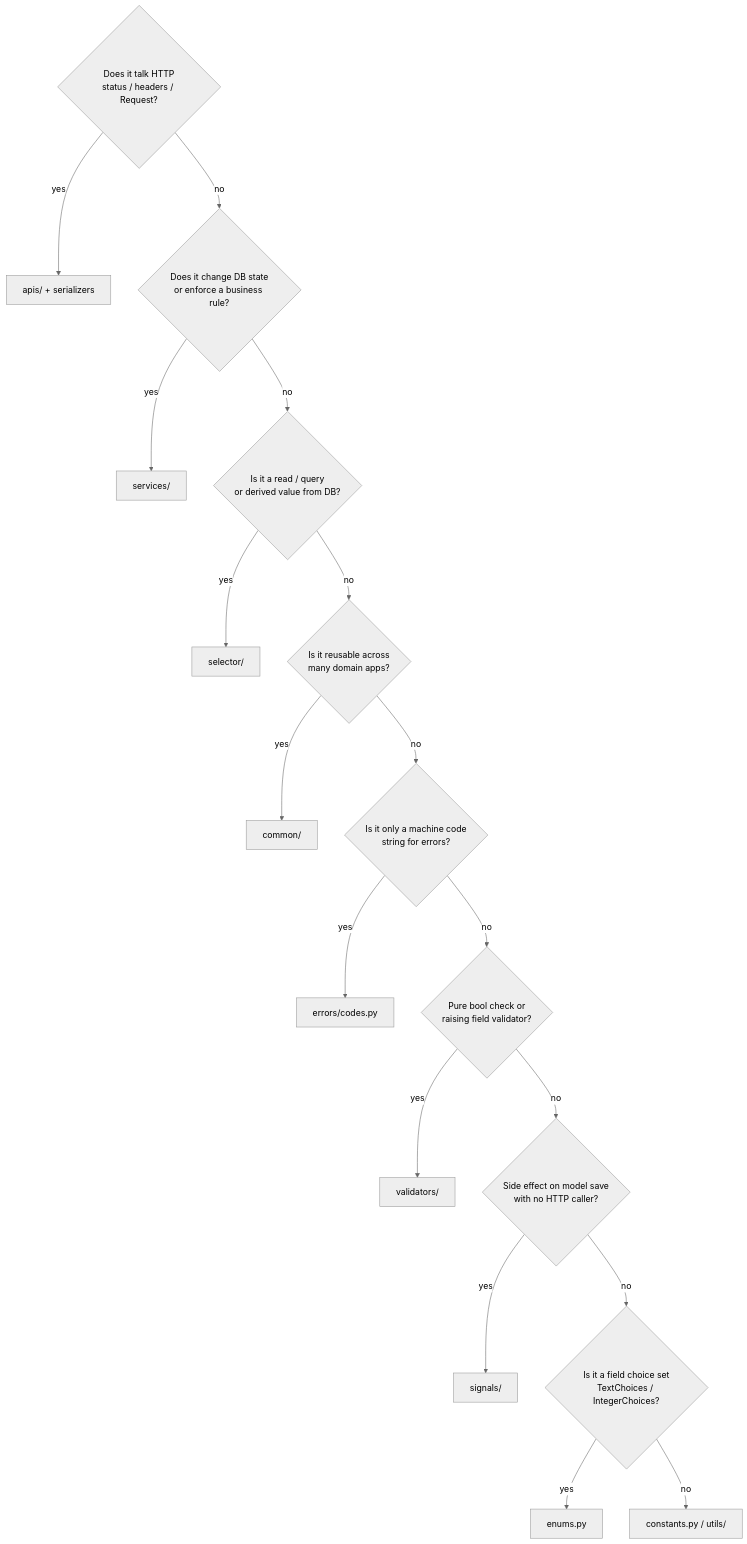
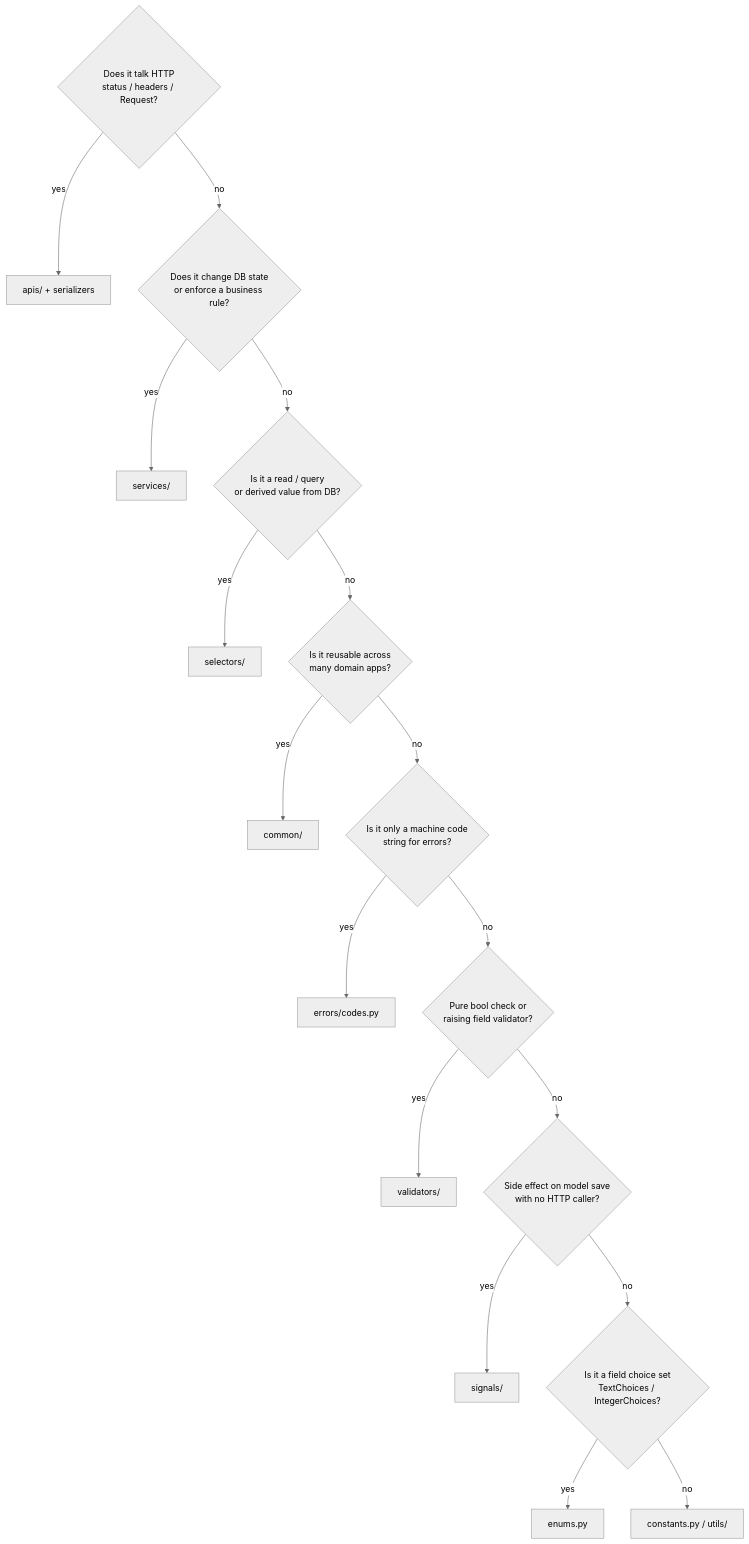
One commit to alidanial7/django-style-guide changed the third of 3 diagrams in {{cookiecutter.project_name}}/docs/style-guide/structure/architecture.md. Above: the diagram before and after it, drawn with Mermaid (neutral theme). The commit also changed other lines of this file and 29 other files, not shown here.

````diff
--- a/{{cookiecutter.project_name}}/docs/style-guide/structure/architecture.md
+++ b/{{cookiecutter.project_name}}/docs/style-guide/structure/architecture.md
@@ -255,20 +255,20 @@
 ```mermaid
 flowchart TD
     Q1{Does it talk HTTP<br/>status / headers / Request?}
     Q1 -->|yes| API[apis/ + serializers]
     Q1 -->|no| Q2{Does it change DB state<br/>or enforce a business rule?}
     Q2 -->|yes| SVC[services/]
     Q2 -->|no| Q3{Is it a read / query<br/>or derived value from DB?}
-    Q3 -->|yes| SEL[selector/]
+    Q3 -->|yes| SEL[selectors/]
     Q3 -->|no| Q4{Is it reusable across<br/>many domain apps?}
     Q4 -->|yes| COM[common/]
     Q4 -->|no| Q5{Is it only a machine code<br/>string for errors?}
     Q5 -->|yes| ERR[errors/codes.py]
     Q5 -->|no| Q6{Pure bool check or<br/>raising field validator?}
     Q6 -->|yes| VAL[validators/]
     Q6 -->|no| Q7{Side effect on model save<br/>with no HTTP caller?}
     Q7 -->|yes| SIG[signals/]
     Q7 -->|no| Q8{Is it a field choice set<br/>TextChoices / IntegerChoices?}
     Q8 -->|yes| EN[enums.py]
     Q8 -->|no| CST[constants.py / utils/]
 ```
````
